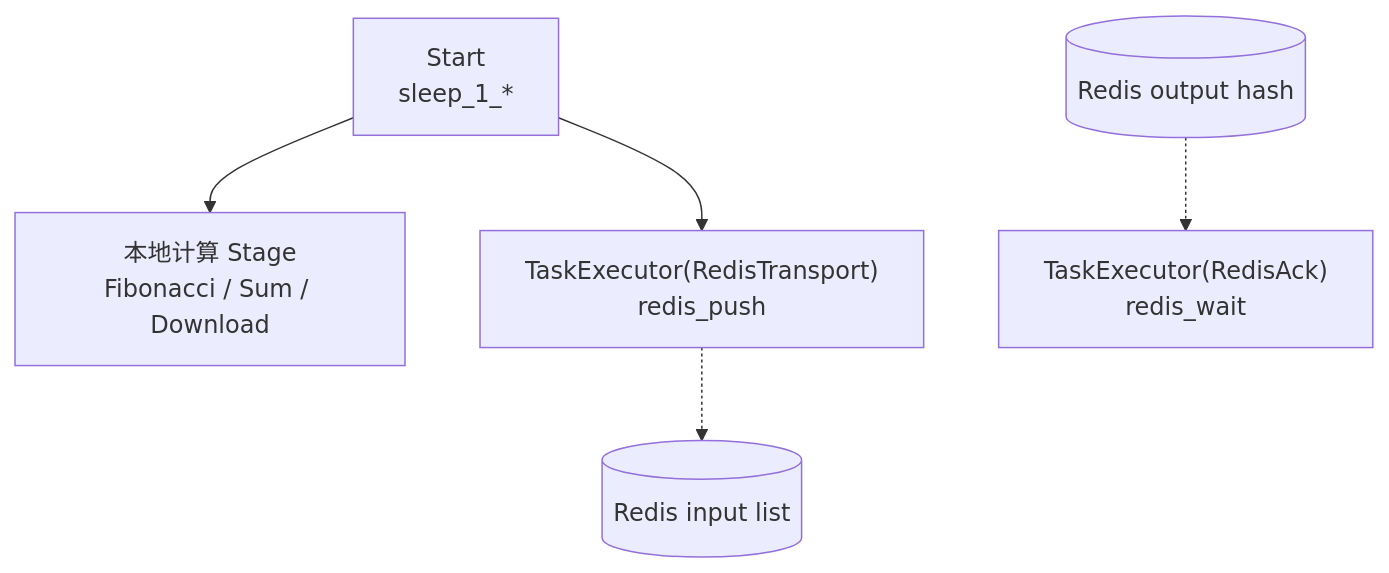
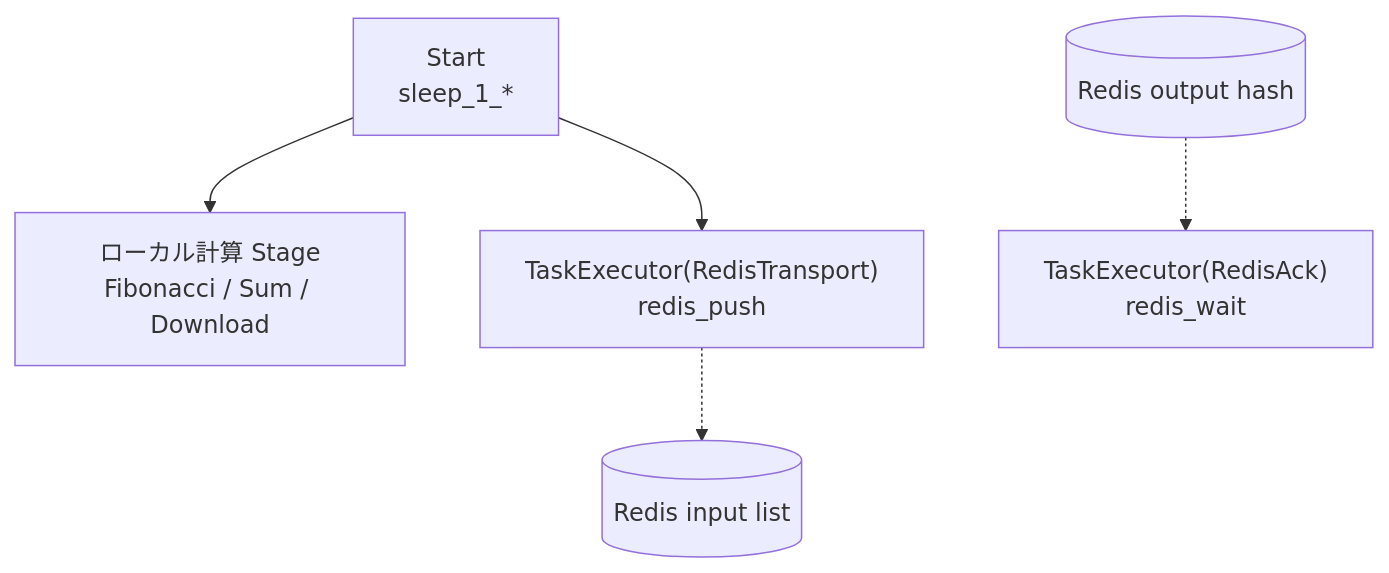
The third of 4 diagrams in docs/ja/demo/demo_redis.md (Mr-xiaotian/CelestialFlow), drawn with Mermaid before and after one commit. The commit also changed other lines of this file and 211 other files, not shown here.

````diff
--- a/docs/ja/demo/demo_redis.md
+++ b/docs/ja/demo/demo_redis.md
@@ -220,7 +220,7 @@
 ```mermaid
 flowchart TB
-    Start["Start<br/>sleep_1_*"] --> Local["本地计算 Stage<br/>Fibonacci / Sum / Download"]
+    Start["Start<br/>sleep_1_*"] --> Local["ローカル計算 Stage<br/>Fibonacci / Sum / Download"]
     Start --> Transport["TaskExecutor(RedisTransport)<br/>redis_push"]
     Transport -.-> RedisIn[(Redis input list)]
     RedisOut[(Redis output hash)] -.-> Ack["TaskExecutor(RedisAck)<br/>redis_wait"]
 ```
````
